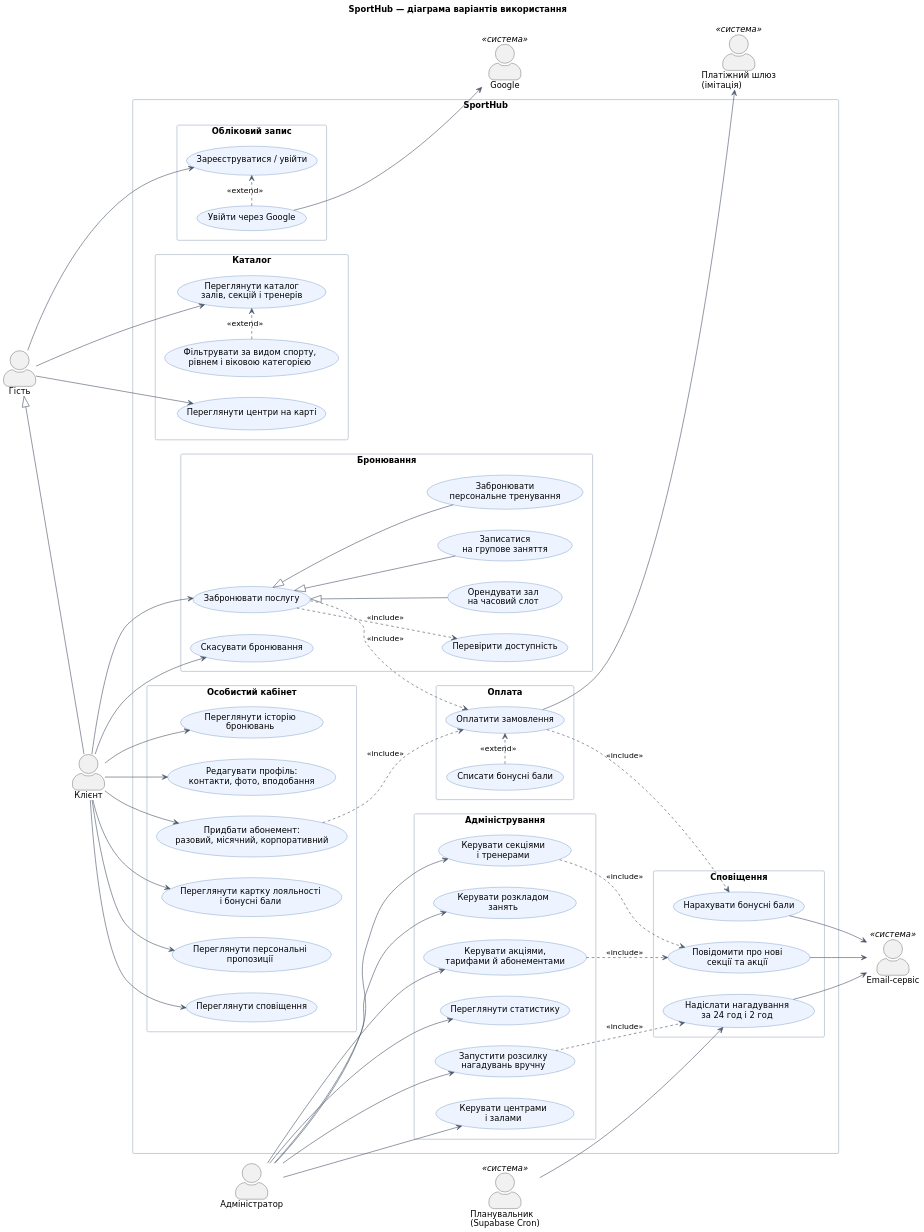
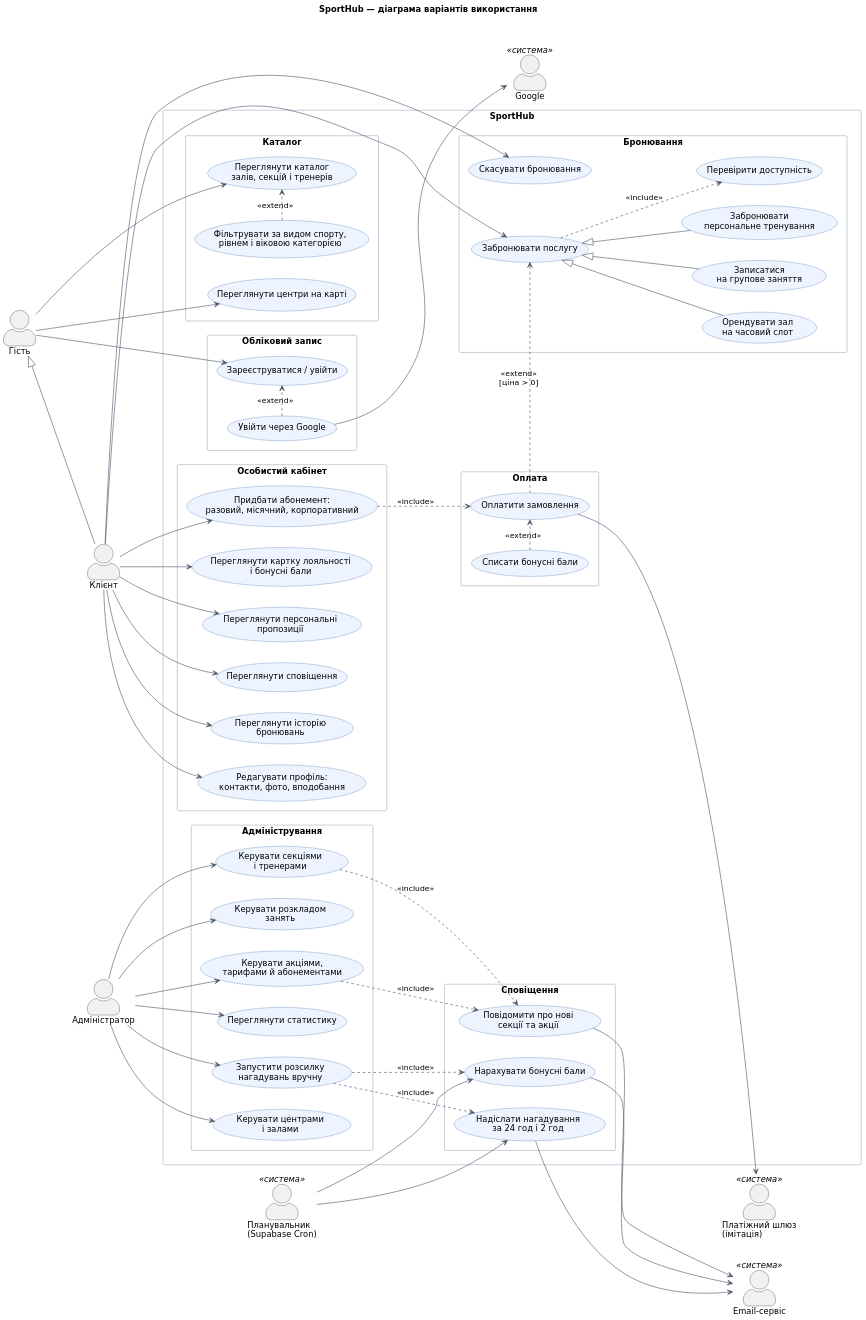
One commit to yuriivynar/sports-booking-service changed the diagram in docs/diagrams/use-case.puml. Above: the diagram before and after it, drawn with PlantUML. The commit also changed 1 other file, not shown here.

Commit message:
docs: show payment as an extension of booking on the use case diagram
Free bookings skip payment, and points are awarded by the scheduled job
after the activity, not by the payment.

```diff
--- a/docs/diagrams/use-case.puml
+++ b/docs/diagrams/use-case.puml
@@ -1,130 +1,131 @@
 @startuml use-case
 ' Діаграма варіантів використання SportHub (варіант 1 курсової роботи).
 ' Згенерувати PNG: docker run --rm -v "$PWD/docs/diagrams:/data" plantuml/plantuml -tpng /data/use-case.puml
 
 left to right direction
 skinparam dpi 150
 skinparam defaultFontName "DejaVu Sans"
 skinparam shadowing false
 skinparam actorStyle awesome
 skinparam packageStyle rectangle
 skinparam ArrowColor #4A5568
 skinparam usecase {
   BackgroundColor #EEF4FF
   BorderColor #3B6EA8
 }
 skinparam package {
   BorderColor #A0AEC0
   FontColor #2D3748
 }
 
 title SportHub — діаграма варіантів використання
 
 actor "Гість" as Guest
 actor "Клієнт" as Client
 actor "Адміністратор" as Admin
 
 actor "Google" as Google <<система>>
 actor "Платіжний шлюз\n(імітація)" as Payment <<система>>
 actor "Планувальник\n(Supabase Cron)" as Cron <<система>>
 actor "Email-сервіс" as Email <<система>>
 
 Client -up-|> Guest
 
 rectangle "SportHub" {
   package "Каталог" {
     usecase "Переглянути каталог\nзалів, секцій і тренерів" as UC_Catalog
     usecase "Фільтрувати за видом спорту,\nрівнем і віковою категорією" as UC_Filter
     usecase "Переглянути центри на карті" as UC_Map
   }
 
   package "Обліковий запис" {
     usecase "Зареєструватися / увійти" as UC_Login
     usecase "Увійти через Google" as UC_Google
   }
 
   package "Бронювання" {
     usecase "Забронювати послугу" as UC_Book
     usecase "Орендувати зал\nна часовий слот" as UC_Hall
     usecase "Записатися\nна групове заняття" as UC_Group
     usecase "Забронювати\nперсональне тренування" as UC_Personal
     usecase "Перевірити доступність" as UC_Check
     usecase "Скасувати бронювання" as UC_Cancel
   }
 
   package "Оплата" {
     usecase "Оплатити замовлення" as UC_Pay
     usecase "Списати бонусні бали" as UC_UsePoints
   }
 
   package "Особистий кабінет" {
     usecase "Переглянути історію\nбронювань" as UC_History
     usecase "Редагувати профіль:\nконтакти, фото, вподобання" as UC_Profile
     usecase "Придбати абонемент:\nразовий, місячний, корпоративний" as UC_Membership
     usecase "Переглянути картку лояльності\nі бонусні бали" as UC_Loyalty
     usecase "Переглянути персональні\nпропозиції" as UC_Offers
     usecase "Переглянути сповіщення" as UC_Inbox
   }
 
   package "Адміністрування" {
     usecase "Керувати центрами\nі залами" as UC_AdmCenters
     usecase "Керувати секціями\nі тренерами" as UC_AdmSections
     usecase "Керувати розкладом\nзанять" as UC_AdmSchedule
     usecase "Керувати акціями,\nтарифами й абонементами" as UC_AdmPromo
     usecase "Переглянути статистику" as UC_AdmStats
     usecase "Запустити розсилку\nнагадувань вручну" as UC_AdmRemind
   }
 
   package "Сповіщення" {
     usecase "Нарахувати бонусні бали" as UC_Award
     usecase "Надіслати нагадування\nза 24 год і 2 год" as UC_Remind
     usecase "Повідомити про нові\nсекції та акції" as UC_Announce
   }
 }
 
 ' --- Гість ---
 Guest --> UC_Catalog
 Guest --> UC_Map
 Guest --> UC_Login
 UC_Filter .> UC_Catalog : <<extend>>
 UC_Google .> UC_Login : <<extend>>
 UC_Google --> Google
 
 ' --- Клієнт ---
 Client --> UC_Book
 Client --> UC_Cancel
 Client --> UC_History
 Client --> UC_Profile
 Client --> UC_Membership
 Client --> UC_Loyalty
 Client --> UC_Offers
 Client --> UC_Inbox
 
 UC_Book <|-- UC_Hall
 UC_Book <|-- UC_Group
 UC_Book <|-- UC_Personal
 UC_Book ..> UC_Check : <<include>>
-UC_Book ..> UC_Pay : <<include>>
+UC_Pay .> UC_Book : <<extend>>\n[ціна > 0]
 UC_Membership ..> UC_Pay : <<include>>
 UC_UsePoints .> UC_Pay : <<extend>>
-UC_Pay ..> UC_Award : <<include>>
 UC_Pay --> Payment
 
 ' --- Адміністратор ---
 Admin --> UC_AdmCenters
 Admin --> UC_AdmSections
 Admin --> UC_AdmSchedule
 Admin --> UC_AdmPromo
 Admin --> UC_AdmStats
 Admin --> UC_AdmRemind
 UC_AdmRemind ..> UC_Remind : <<include>>
+UC_AdmRemind ..> UC_Award : <<include>>
 UC_AdmSections ..> UC_Announce : <<include>>
 UC_AdmPromo ..> UC_Announce : <<include>>
 
 ' --- Системні актори ---
 Cron --> UC_Remind
+Cron --> UC_Award
 UC_Remind --> Email
 UC_Announce --> Email
 UC_Award --> Email
 
 @enduml
```
